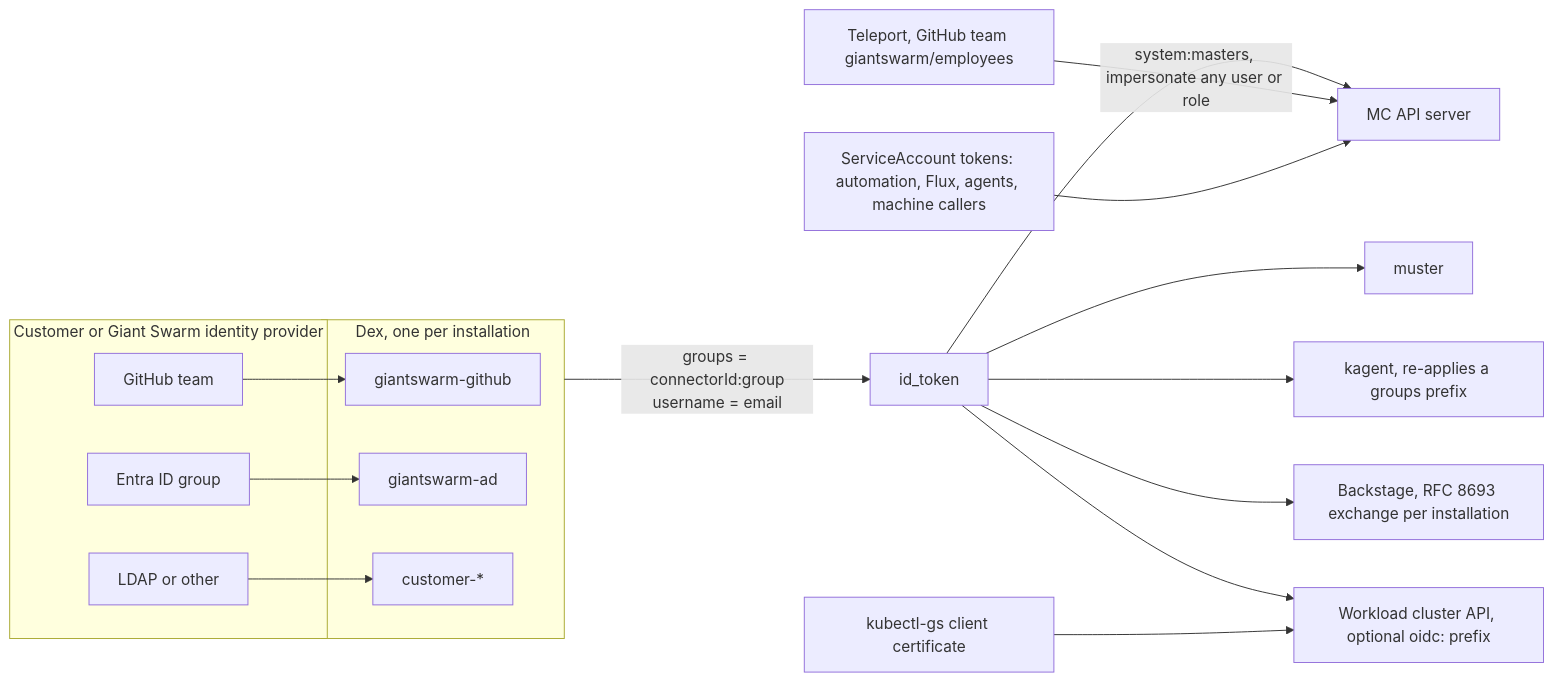
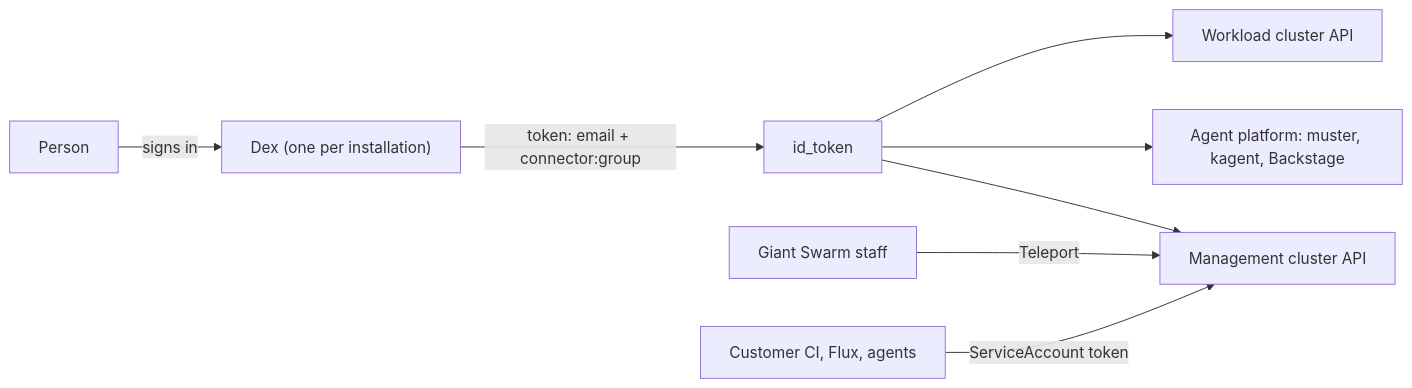
One commit to giantswarm/rfc changed the first of 5 diagrams in organization-roles/README.md. Above: the diagram before and after it, drawn with Mermaid. The commit also changed other lines of this file, not shown here.

First line of the commit message:
Restructure organization-roles RFC for readability and a two-step rollout

````diff
--- a/organization-roles/README.md
+++ b/organization-roles/README.md
@@ -32,25 +45,10 @@
 ```mermaid
 flowchart LR
-  subgraph IdP["Customer or Giant Swarm identity provider"]
-    GH[GitHub team]
-    AD[Entra ID group]
-    LDAP[LDAP or other]
-  end
-  subgraph Dex["Dex, one per installation"]
-    C1[giantswarm-github]
-    C2[giantswarm-ad]
-    C3[customer-*]
-  end
-  GH --> C1
-  AD --> C2
-  LDAP --> C3
-  Dex -->|"groups = connectorId:group<br/>username = email"| TOK[id_token]
-  TOK --> API[MC API server]
-  TOK --> MUS[muster]
-  TOK --> KAG[kagent, re-applies a groups prefix]
-  TOK --> BS[Backstage, RFC 8693 exchange per installation]
-  TOK --> WC[Workload cluster API, optional oidc: prefix]
-  TEL[Teleport, GitHub team giantswarm/employees] -->|system:masters, impersonate any user or role| API
-  CERT[kubectl-gs client certificate] --> WC
-  SA[ServiceAccount tokens: automation, Flux, agents, machine callers] --> API
+  P[Person] -->|signs in| Dex["Dex (one per installation)"]
+  Dex -->|"token: email + connector:group"| T[id_token]
+  T --> MC[Management cluster API]
+  T --> AP[Agent platform: muster, kagent, Backstage]
+  T --> WC[Workload cluster API]
+  GS[Giant Swarm staff] -->|Teleport| MC
+  CI[Customer CI, Flux, agents] -->|ServiceAccount token| MC
 ```
````
